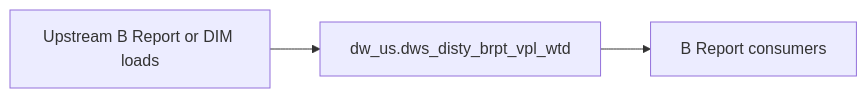
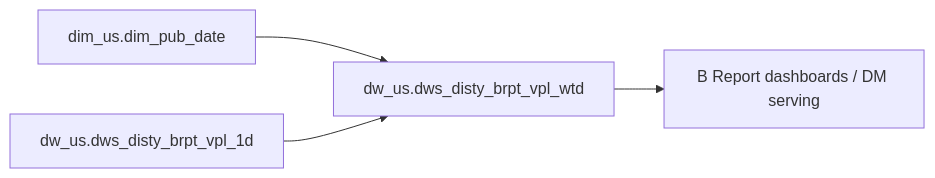
One commit to chengduhaha/data_agent changed the diagram in backend/defaults/b_report/workspace/target/knowledgebase/b-report-us/dws_disty_brpt_vpl_wtd.md. Above: the diagram before and after it, drawn with Mermaid. The commit also changed other lines of this file and 1108 other files, not shown here.

````diff
--- a/backend/defaults/b_report/workspace/target/knowledgebase/b-report-us/dws_disty_brpt_vpl_wtd.md
+++ b/backend/defaults/b_report/workspace/target/knowledgebase/b-report-us/dws_disty_brpt_vpl_wtd.md
@@ -161,8 +271,10 @@
 ```mermaid
 flowchart LR
-  upstream[Upstream B Report or DIM loads]
-  tgt["dw_us.dws_disty_brpt_vpl_wtd"]
-  brpt[B Report consumers]
-  upstream --> tgt
-  tgt --> brpt
+  dw_us_dws_disty_brpt_vpl_wtd["dw_us.dws_disty_brpt_vpl_wtd"]
+  src0["dim_us.dim_pub_date"]
+  src0 --> dw_us_dws_disty_brpt_vpl_wtd
+  src1["dw_us.dws_disty_brpt_vpl_1d"]
+  src1 --> dw_us_dws_disty_brpt_vpl_wtd
+  consumers["B Report dashboards / DM serving"]
+  dw_us_dws_disty_brpt_vpl_wtd --> consumers
 ```
````
